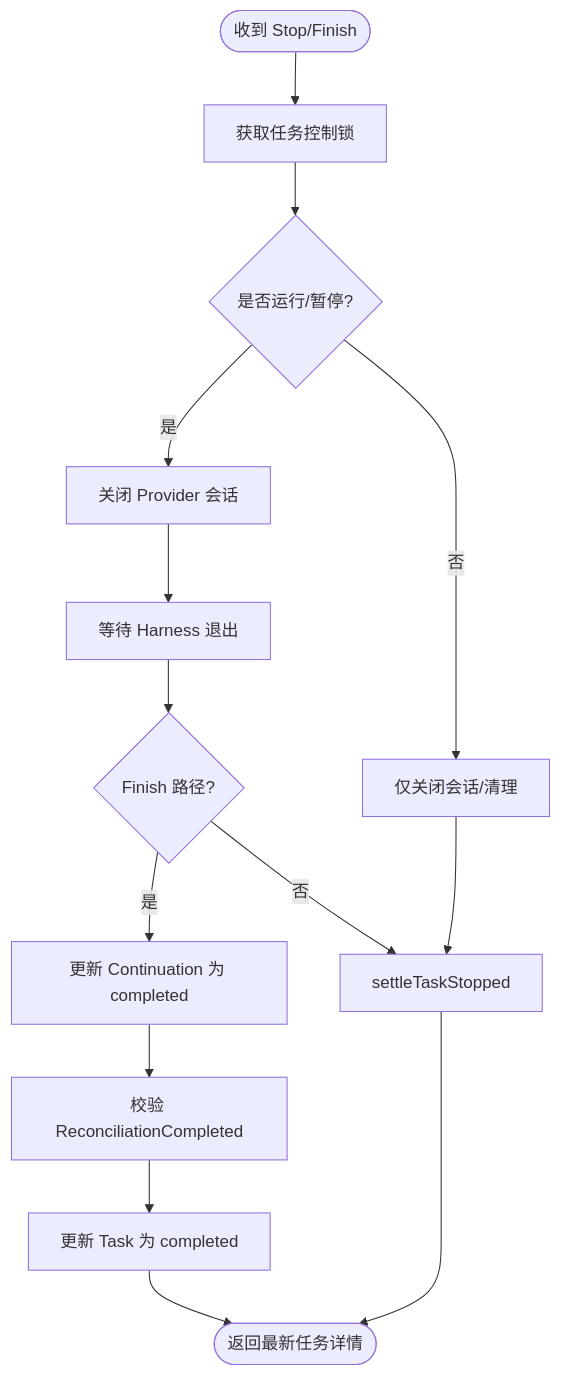
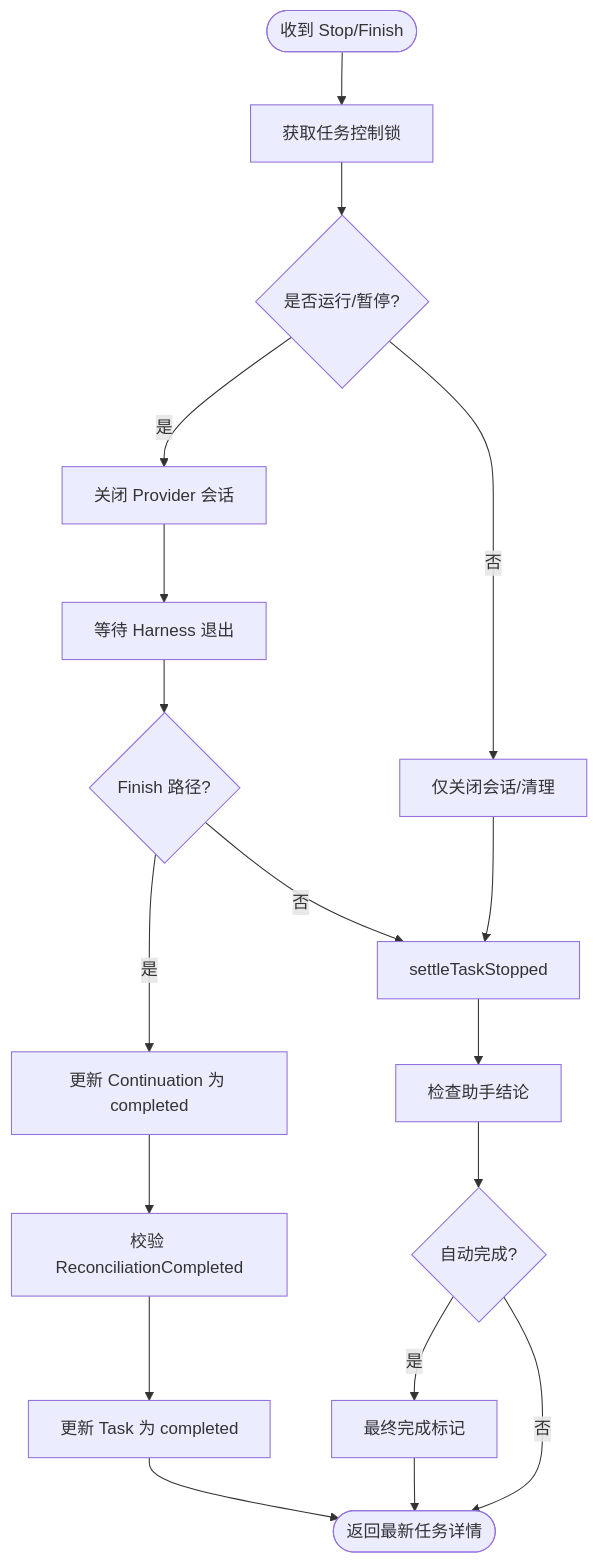
One commit to n1majne3/CyberPenda changed the seventh of 12 diagrams in .qoder/repowiki/zh/content/核心架构/控制平面 - Daemon服务/任务生命周期管理/任务生命周期管理.md. Above: the diagram before and after it, drawn with Mermaid. The commit also changed other lines of this file and 6 other files, not shown here.

````diff
--- a/.qoder/repowiki/zh/content/核心架构/控制平面 - Daemon服务/任务生命周期管理/任务生命周期管理.md
+++ b/.qoder/repowiki/zh/content/核心架构/控制平面 - Daemon服务/任务生命周期管理/任务生命周期管理.md
@@ -232,16 +324,20 @@
 ```mermaid
 flowchart TD
 S(["收到 Stop/Finish"]) --> Acquire["获取任务控制锁"]
 Acquire --> CheckActive{"是否运行/暂停?"}
 CheckActive --> |是| CloseProv["关闭 Provider 会话"]
 CloseProv --> WaitHarness["等待 Harness 退出"]
 WaitHarness --> Settle{"Finish 路径?"}
 Settle --> |是| CompleteCont["更新 Continuation 为 completed"]
 CompleteCont --> VerifyRecon["校验 ReconciliationCompleted"]
 VerifyRecon --> MarkTask["更新 Task 为 completed"]
 Settle --> |否| StopSettle["settleTaskStopped"]
 CheckActive --> |否| CloseOnly["仅关闭会话/清理"]
 CloseOnly --> StopSettle
-StopSettle --> End(["返回最新任务详情"])
+StopSettle --> AssistedCheck["检查助手结论"]
+AssistedCheck --> AutoComplete{"自动完成?"}
+AutoComplete --> |是| FinalComplete["最终完成标记"]
+AutoComplete --> |否| End(["返回最新任务详情"])
+FinalComplete --> End
 MarkTask --> End
 ```
````
